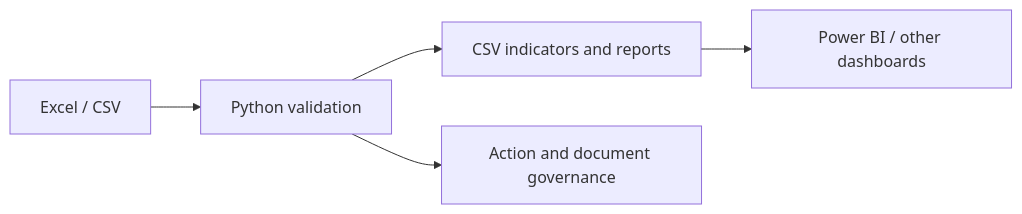
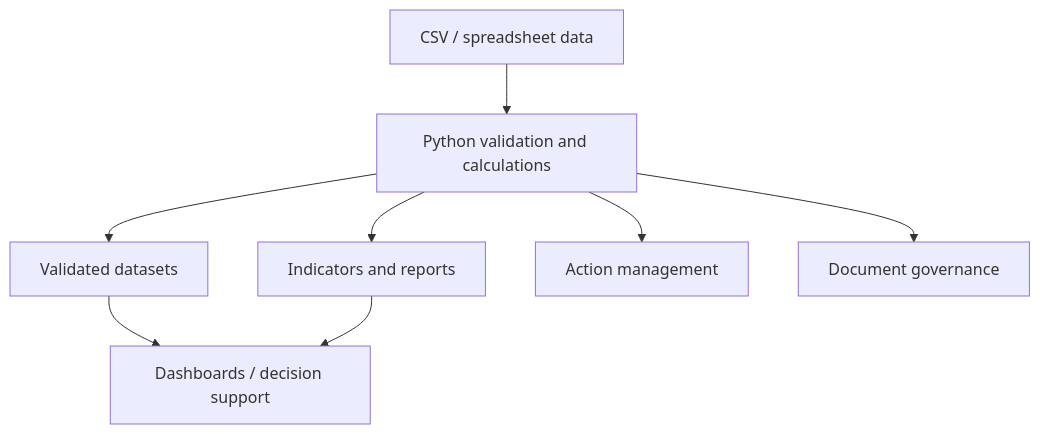
The diagram in README.md (Pedronsjaja/industrial-process-engineering-toolkit), drawn with Mermaid before and after one commit. The commit also changed other lines of this file and 5 other files, not shown here.

````diff
--- a/README.md
+++ b/README.md
@@ -25,7 +71,10 @@
 ```mermaid
-flowchart LR
-  A[Excel / CSV] --> B[Python validation]
-  B --> C[CSV indicators and reports]
-  C --> D[Power BI / other dashboards]
-  B --> E[Action and document governance]
+flowchart TD
+  A[CSV / spreadsheet data] --> B[Python validation and calculations]
+  B --> C[Validated datasets]
+  B --> D[Indicators and reports]
+  C --> E[Dashboards / decision support]
+  D --> E
+  B --> F[Action management]
+  B --> G[Document governance]
 ```
````
